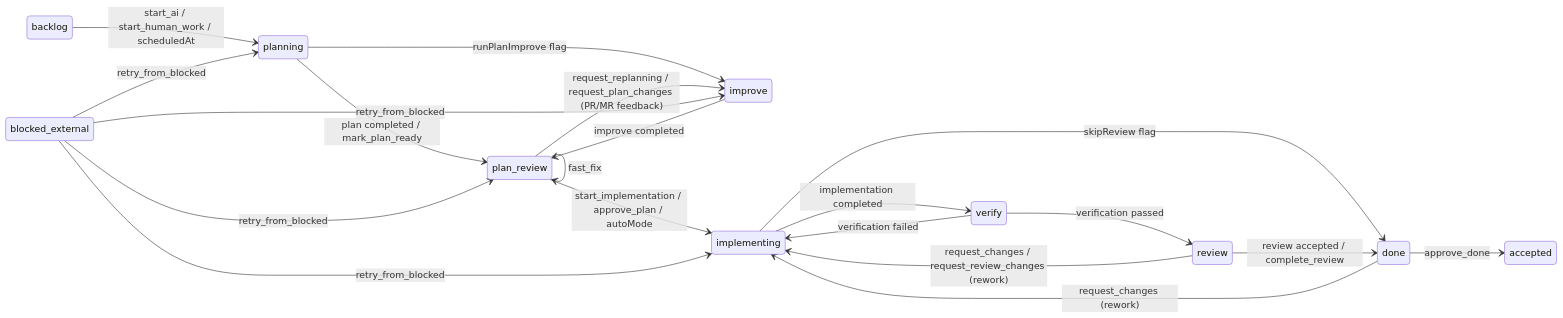
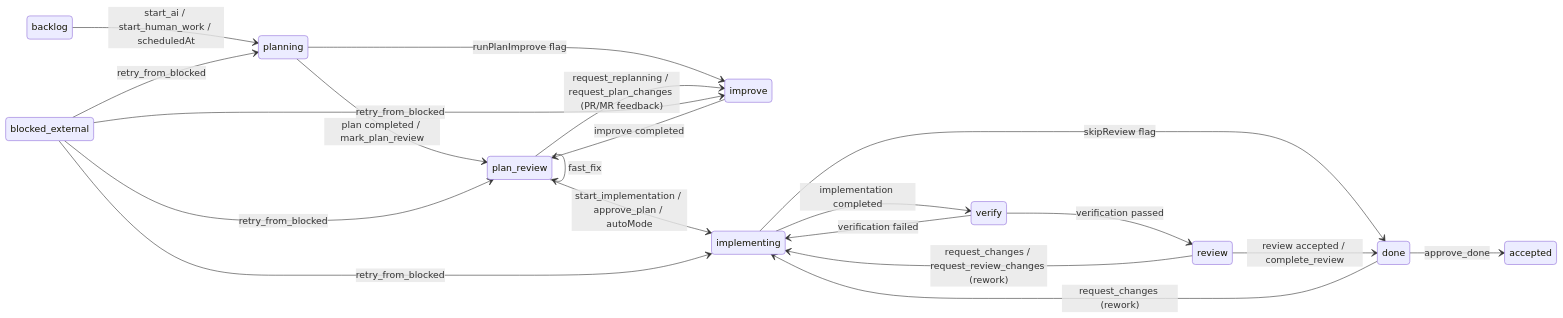
Before and after one commit to n-marusov/aif-handoff: the diagram in docs/adr/ADR-IMPL.PROCESS.task-state-machine.md, drawn with Mermaid. The commit also changed 22 other files, not shown here.

First line of the commit message:
docs: align pipeline documentation with plan_review gate

````diff
--- a/docs/adr/ADR-IMPL.PROCESS.task-state-machine.md
+++ b/docs/adr/ADR-IMPL.PROCESS.task-state-machine.md
@@ -11,32 +11,32 @@
 ```mermaid
 stateDiagram-v2
     direction LR
 
     backlog --> planning : start_ai / start_human_work / scheduledAt
 
-    planning --> plan_review : plan completed / mark_plan_ready
+    planning --> plan_review : plan completed / mark_plan_review
     planning --> improve : runPlanImprove flag
 
     improve --> plan_review : improve completed
 
     plan_review --> implementing : start_implementation / approve_plan / autoMode
     plan_review --> improve : request_replanning / request_plan_changes (PR/MR feedback)
     plan_review --> plan_review : fast_fix
 
     implementing --> done : skipReview flag
     implementing --> verify : implementation completed
 
     verify --> review : verification passed
     verify --> implementing : verification failed
 
     review --> done : review accepted / complete_review
     review --> implementing : request_changes / request_review_changes (rework)
 
     done --> accepted : approve_done
     done --> implementing : request_changes (rework)
 
     blocked_external --> planning : retry_from_blocked
     blocked_external --> improve : retry_from_blocked
     blocked_external --> plan_review : retry_from_blocked
     blocked_external --> implementing : retry_from_blocked
 ```
````
